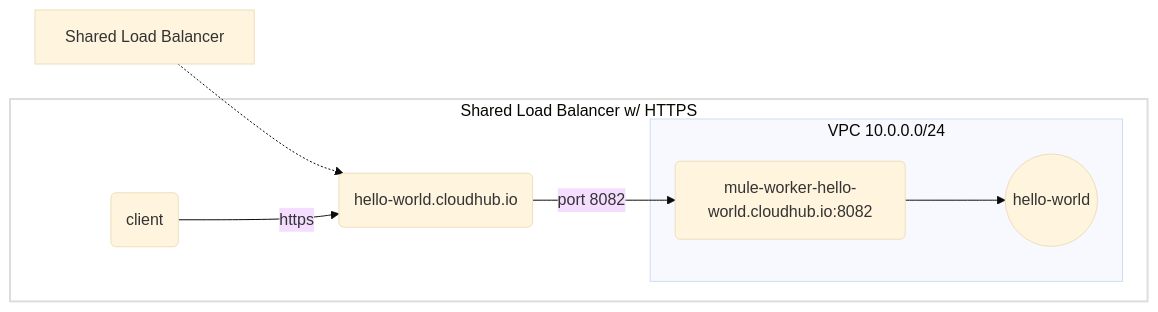
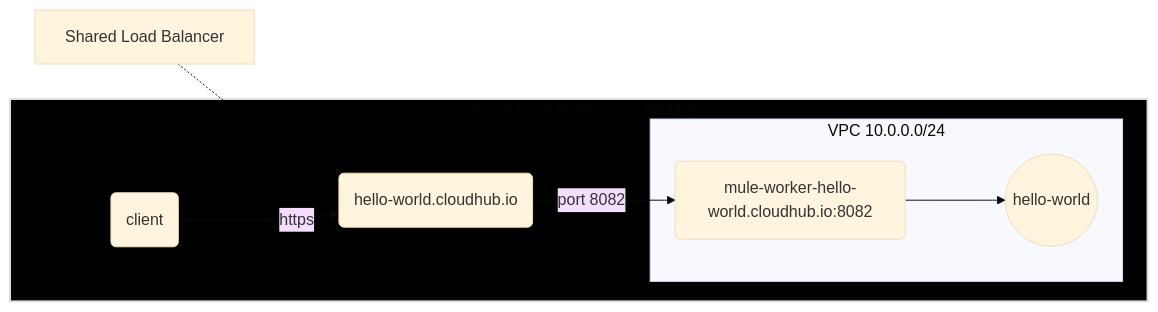
Before and after one commit to dhimate/dhimate.github.io: the second of 5 diagrams in _posts/2021/2021-01-02-netcat-mulesoft-cloudhub.md, drawn with Mermaid (base theme). The commit also changed other lines of this file, not shown here.

Commit message:
Updated mermaid syntax

````diff
--- a/_posts/2021/2021-01-02-netcat-mulesoft-cloudhub.md
+++ b/_posts/2021/2021-01-02-netcat-mulesoft-cloudhub.md
@@ -46,12 +46,12 @@
-```mermaid
+<pre class="mermaid">
 flowchart LR
    l1[Shared Load Balancer]-.->c1 
     subgraph B[Shared Load Balancer w/ HTTPS]
         u(client)--https-->c1
         c1(hello-world.cloudhub.io<br/>)--port 8082-->a1
         subgraph VPC 10.0.0.0/24
         a1(mule-worker-hello-world.cloudhub.io:8082)--->id1((hello-world))
       end
     end
- style B fill:#FFF,stroke:#DDD,stroke-width:2px
-```
+ style B fill:#000,stroke:#DDD,stroke-width:2px
+</pre>
````
